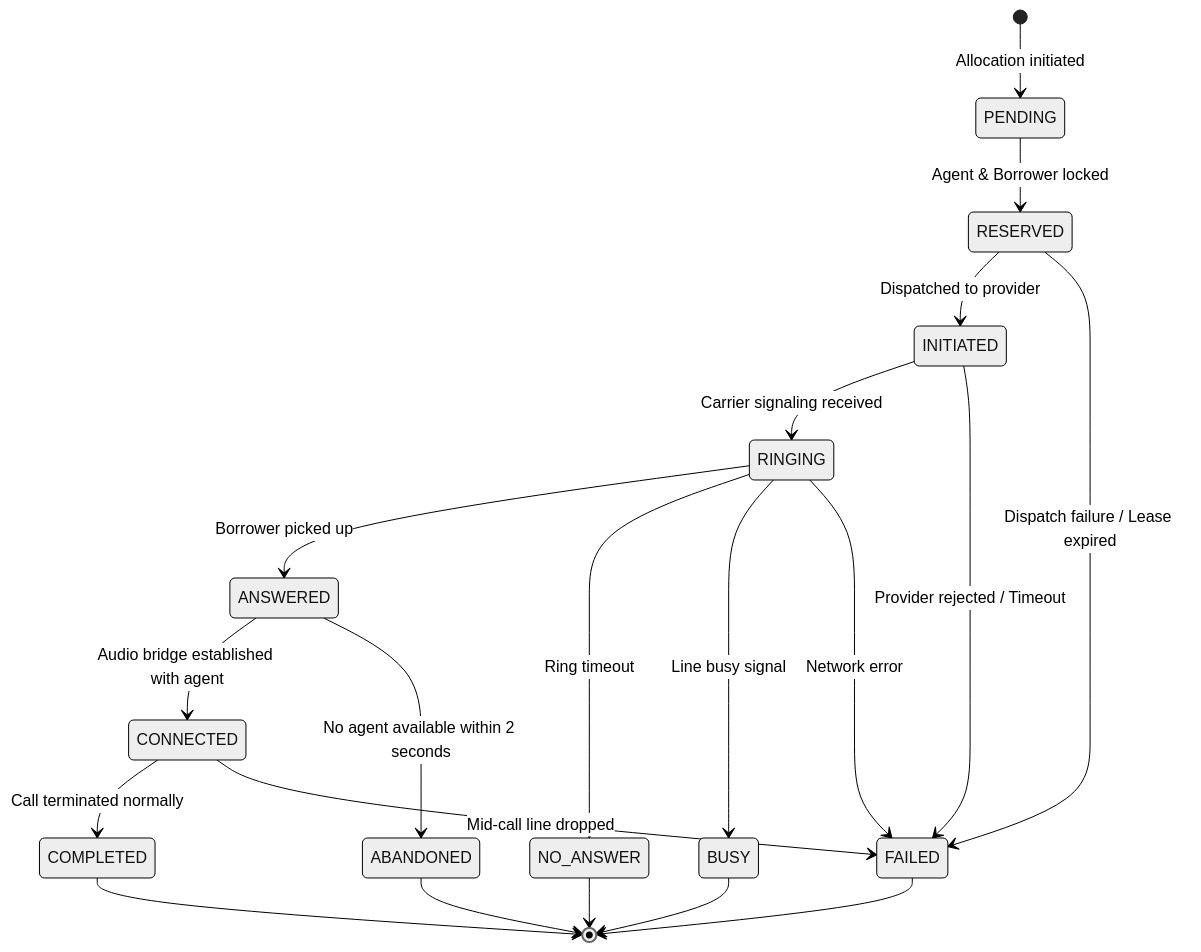
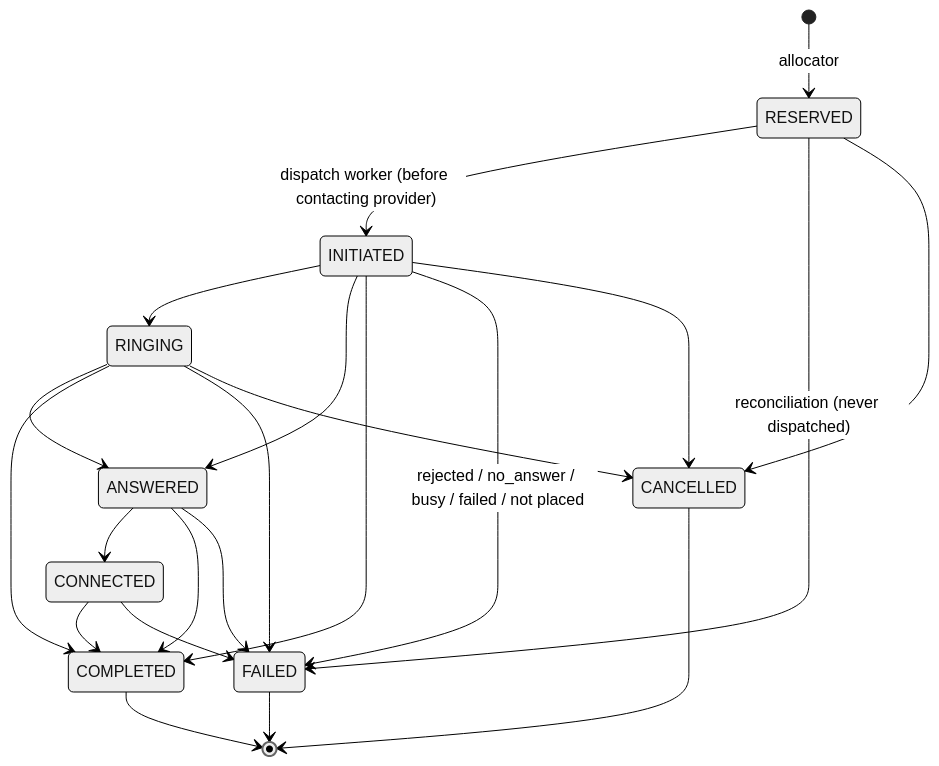
One commit to MaheshChalla2701/CredResolve changed the first of 2 diagrams in docs/state_machines.md. Above: the diagram before and after it, drawn with Mermaid (neutral theme). The commit also changed other lines of this file and 61 other files, not shown here.

First line of the commit message:
Enhance SmartDialer architecture, safety controller, workers, and test suite

````diff
--- a/docs/state_machines.md
+++ b/docs/state_machines.md
@@ -13,27 +10,24 @@
 ```mermaid
 stateDiagram-v2
-    [*] --> PENDING: Allocation initiated
-    PENDING --> RESERVED: Agent & Borrower locked
-    RESERVED --> INITIATED: Dispatched to provider
-    RESERVED --> FAILED: Dispatch failure / Lease expired
-    
-    INITIATED --> RINGING: Carrier signaling received
-    INITIATED --> FAILED: Provider rejected / Timeout
-    
-    RINGING --> ANSWERED: Borrower picked up
-    RINGING --> NO_ANSWER: Ring timeout
-    RINGING --> BUSY: Line busy signal
-    RINGING --> FAILED: Network error
-    
-    ANSWERED --> CONNECTED: Audio bridge established with agent
-    ANSWERED --> ABANDONED: No agent available within 2 seconds
-    
-    CONNECTED --> COMPLETED: Call terminated normally
-    CONNECTED --> FAILED: Mid-call line dropped
-    
+    [*] --> RESERVED: allocator
+    RESERVED --> INITIATED: dispatch worker (before contacting provider)
+    RESERVED --> FAILED: reconciliation (never dispatched)
+    RESERVED --> CANCELLED
+    INITIATED --> RINGING
+    INITIATED --> ANSWERED
+    INITIATED --> COMPLETED
+    INITIATED --> FAILED: rejected / no_answer / busy / failed / not placed
+    INITIATED --> CANCELLED
+    RINGING --> ANSWERED
+    RINGING --> COMPLETED
+    RINGING --> FAILED
+    RINGING --> CANCELLED
+    ANSWERED --> CONNECTED
+    ANSWERED --> COMPLETED
+    ANSWERED --> FAILED
+    CONNECTED --> COMPLETED
+    CONNECTED --> FAILED
     COMPLETED --> [*]
-    ABANDONED --> [*]
     FAILED --> [*]
-    BUSY --> [*]
-    NO_ANSWER --> [*]
+    CANCELLED --> [*]
 ```
````
